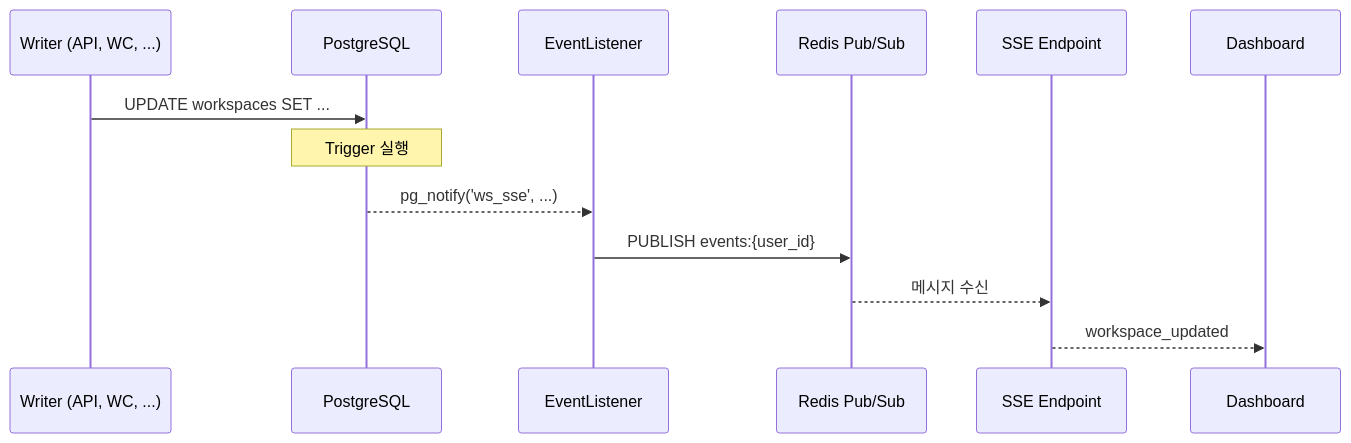
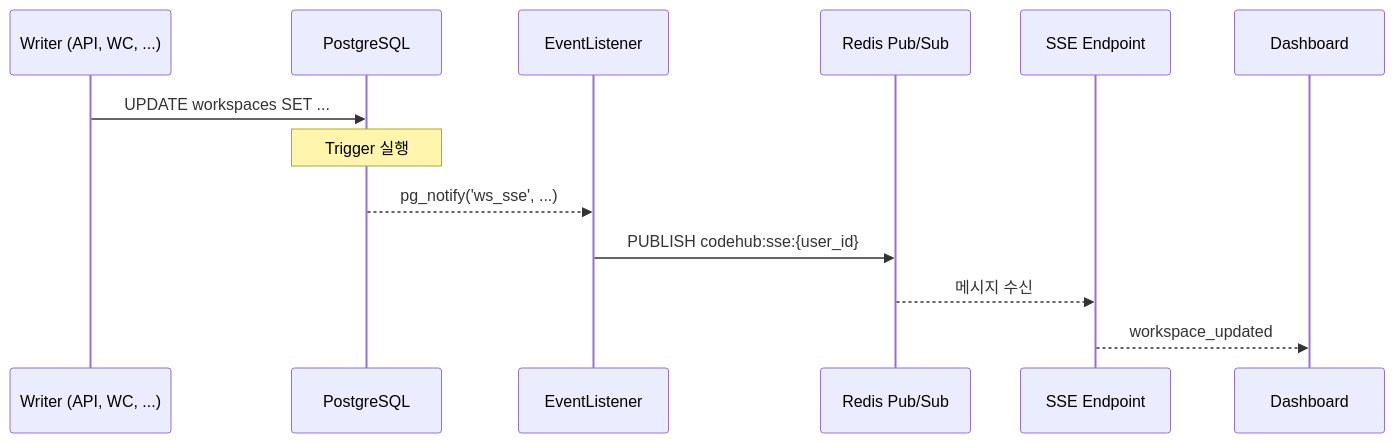
The fourth of 5 diagrams in docs/spec/04-control-plane.md (cagojeiger/code-hub), drawn with Mermaid before and after one commit. The commit also changed other lines of this file and 12 other files, not shown here.

````diff
--- a/docs/spec/04-control-plane.md
+++ b/docs/spec/04-control-plane.md
@@ -367,16 +377,16 @@
 ```mermaid
 sequenceDiagram
     participant W as Writer (API, WC, ...)
     participant DB as PostgreSQL
     participant EL as EventListener
     participant Redis as Redis Pub/Sub
     participant SSE as SSE Endpoint
     participant UI as Dashboard
 
     W->>DB: UPDATE workspaces SET ...
     Note over DB: Trigger 실행
     DB-->>EL: pg_notify('ws_sse', ...)
-    EL->>Redis: PUBLISH events:{user_id}
+    EL->>Redis: PUBLISH codehub:sse:{user_id}
     Redis-->>SSE: 메시지 수신
     SSE-->>UI: workspace_updated
 ```
````
